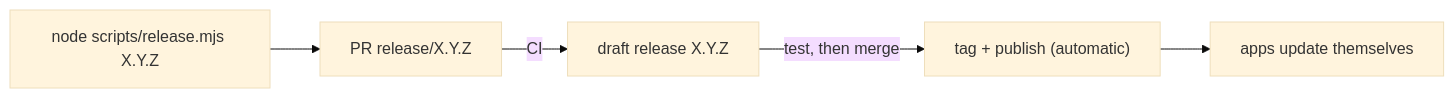
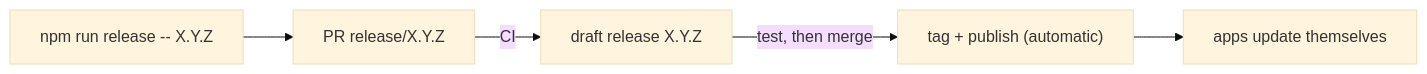
Before and after one commit to henrykbrzoska/bebok: the diagram in CONTRIBUTING.md, drawn with Mermaid (base theme). The commit also changed other lines of this file and 7 other files, not shown here.

Commit message:
chore: npm run release / release:status wrappers

````diff
--- a/CONTRIBUTING.md
+++ b/CONTRIBUTING.md
@@ -17,7 +17,7 @@
 ```mermaid
 flowchart LR
-    A["node scripts/release.mjs X.Y.Z"] --> B["PR release/X.Y.Z"]
+    A["npm run release -- X.Y.Z"] --> B["PR release/X.Y.Z"]
     B -->|CI| C["draft release X.Y.Z"]
     C -->|test, then merge| D["tag + publish (automatic)"]
     D --> E["apps update themselves"]
 ```
````
